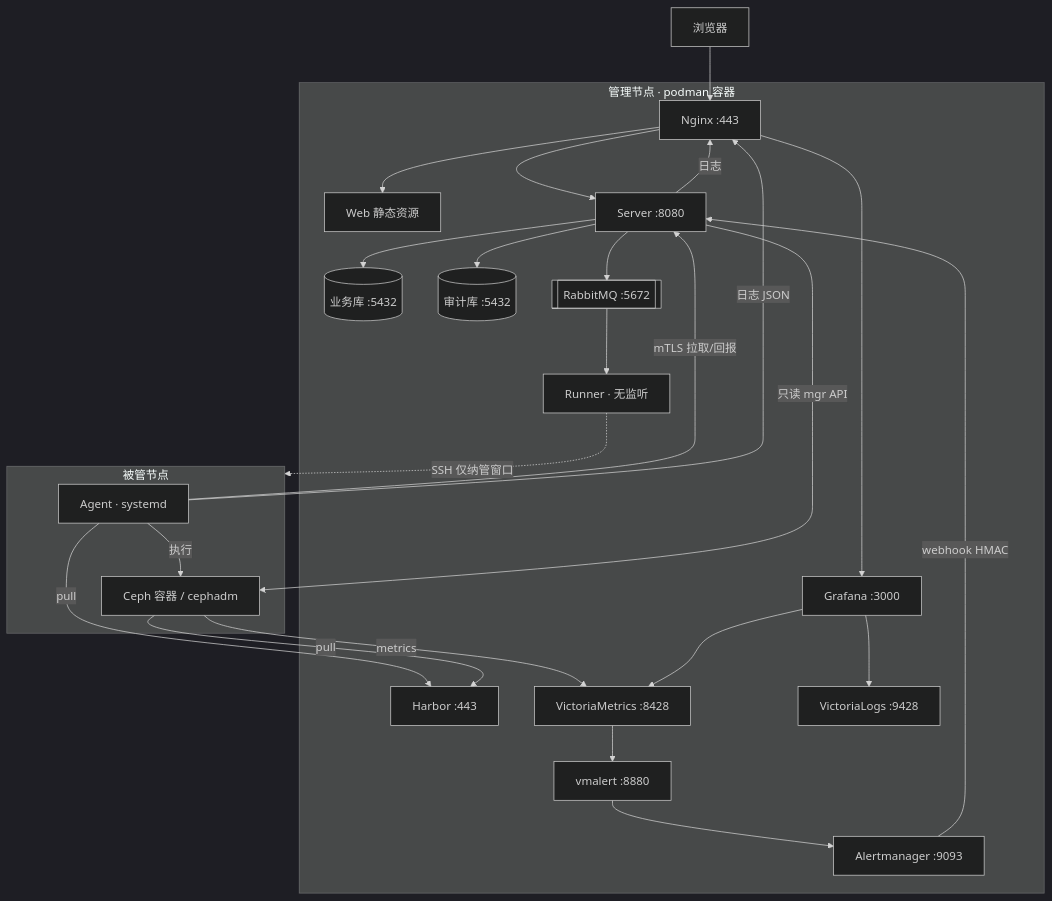
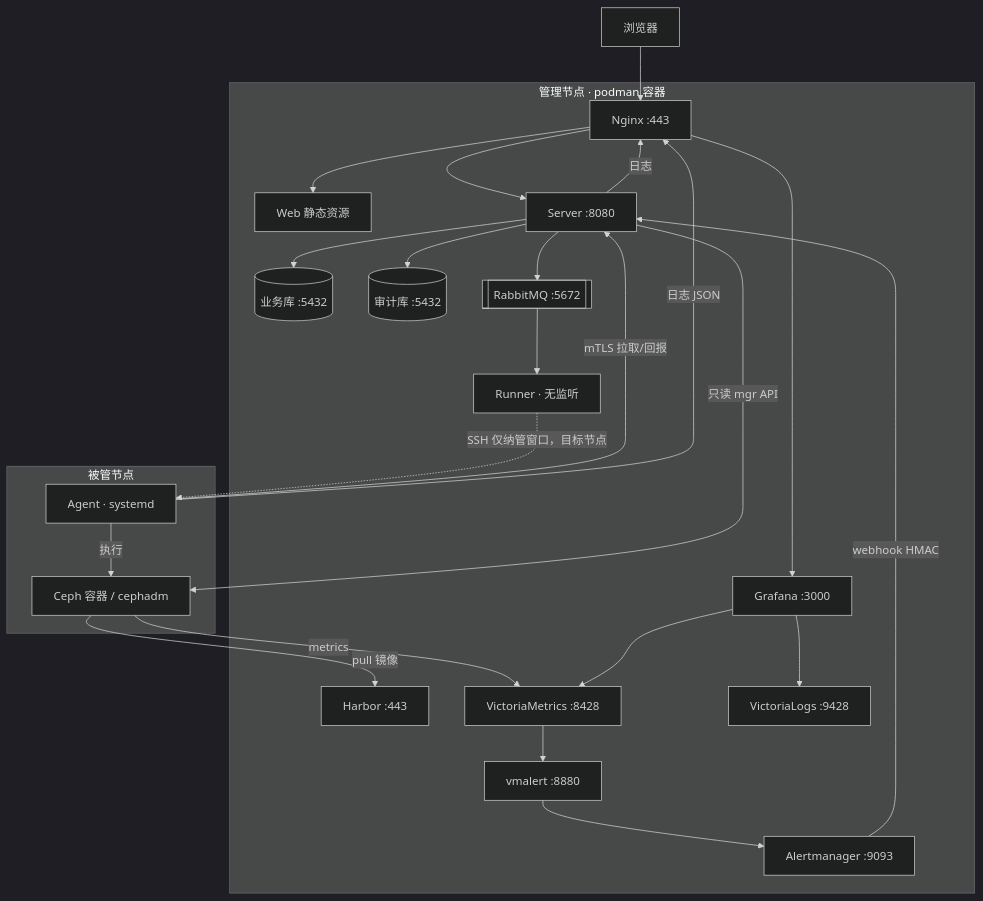
One commit to lnsyyj/winter changed the diagram in docs/02-研发线/04-架构师/系统架构与数据流全景.md. Above: the diagram before and after it, drawn with Mermaid (dark theme). The commit also changed other lines of this file and 1 other file, not shown here.

Commit message:
docs(arch): 修正「Agent 连 Harbor」的错误连线
- 用户指出的真问题：Agent 与 Harbor 没有直接关系。Agent 只触发命令，拉镜像的是节点上的
  cephadm/podman（ADR-30）；Agent 自身是 RPM 装的二进制，不来自镜像仓库
- 修正 4 处：图册 §1 全局图、§2 交互矩阵、§2.1 进出清单、全景 §2 进程图与 §2.1 清单
- 把这条升级成「四个非对称点」之一：Agent 无入站端口 / 不连 Harbor / Grafana 只能经反代 /
  Runner 走 SSH 而 Agent 走 mTLS —— 都是容易被画错的地方
- 顺带修两处 mermaid 隐患：Runner 的 SSH 边原本指向 subgraph（部分渲染器不支持），改指节点 Agent
- 注：修正过程中一度误删全景图的 metrics/vmalert/AM/mgr 四条连线，已恢复并复核全图
- 验证：20 个 mermaid 块结构正常，345 个相对链接有效
- 回滚：git revert <this>

````diff
--- a/docs/02-研发线/04-架构师/系统架构与数据流全景.md
+++ b/docs/02-研发线/04-架构师/系统架构与数据流全景.md
@@ -41,48 +41,47 @@
 ```mermaid
 graph TB
   U[浏览器]
 
   subgraph MGMT[管理节点 · podman 容器]
     NG[Nginx :443]
     WEB[Web 静态资源]
     S[Server :8080]
     RN[Runner · 无监听]
     PG[(业务库 :5432)]
     ADB[(审计库 :5432)]
     MQ[[RabbitMQ :5672]]
     HR[Harbor :443]
     VM[VictoriaMetrics :8428]
     VL[VictoriaLogs :9428]
     VMA[vmalert :8880]
     AM[Alertmanager :9093]
     GF[Grafana :3000]
   end
 
   subgraph NODE[被管节点]
     A[Agent · systemd]
     CE[Ceph 容器 / cephadm]
   end
 
   U --> NG
   NG --> WEB
   NG --> S
   NG --> GF
   S --> PG
   S --> ADB
   S --> MQ
   MQ --> RN
-  RN -. SSH 仅纳管窗口 .-> NODE
+  RN -.->|SSH 仅纳管窗口，目标节点| A
   A -->|mTLS 拉取/回报| S
   A -->|日志 JSON| NG
   A -->|执行| CE
+  CE -->|pull 镜像| HR
   CE -->|metrics| VM
   VM --> VMA
   VMA --> AM
   AM -->|webhook HMAC| S
-  A -->|pull| HR
-  CE -->|pull| HR
   S -->|只读 mgr API| CE
   GF --> VM
   GF --> VL
   S -->|日志| NG
 ```
````
